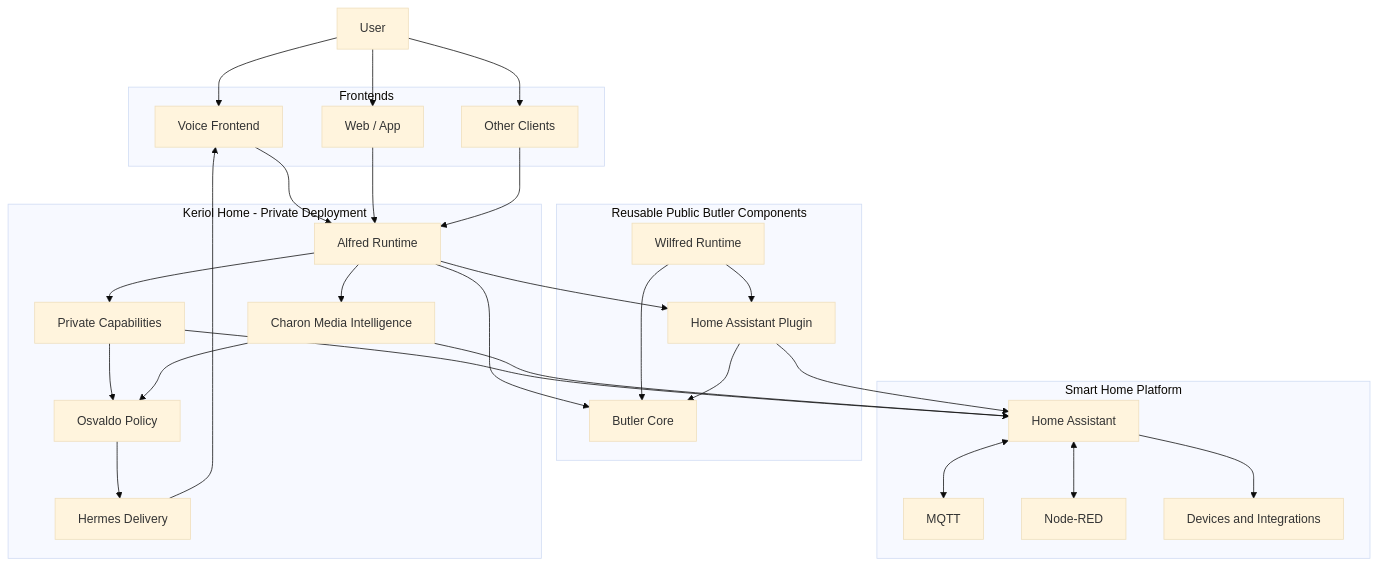
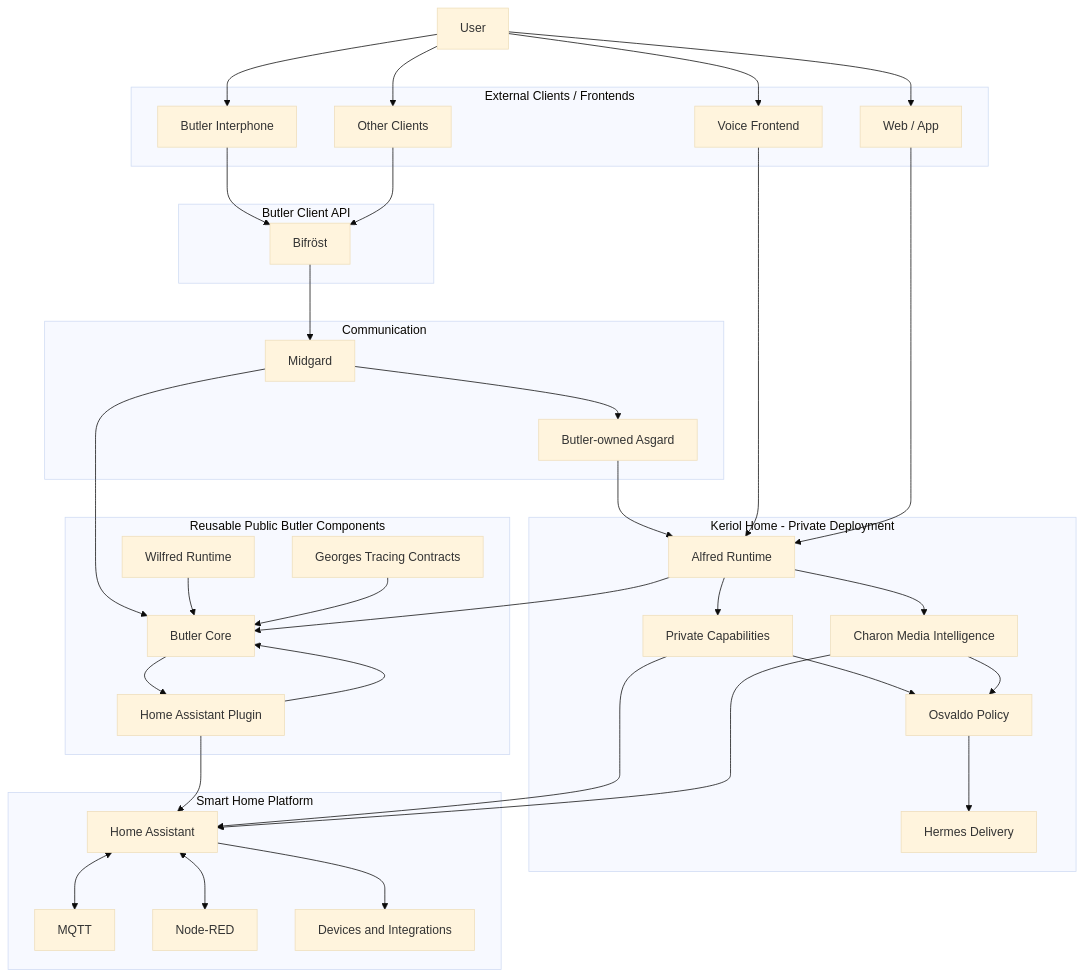
Before and after one commit to keriol/Iot-home-automation: the diagram in docs/diagrams/architecture.md, drawn with Mermaid (base theme). The commit also changed other lines of this file and 7 other files, not shown here.

First line of the commit message:
DOC-012: consolidate Ignition architecture and engineering lessons

````diff
--- a/docs/diagrams/architecture.md
+++ b/docs/diagrams/architecture.md
@@ -3,62 +10,79 @@
 ```mermaid
 flowchart TD
     User[User]
 
-    subgraph Frontends
+    subgraph Clients["External Clients / Frontends"]
+        Interphone[Butler Interphone]
         Voice[Voice Frontend]
         Web[Web / App]
         Other[Other Clients]
+    end
+
+    subgraph ClientAPI["Butler Client API"]
+        Bifrost[Bifröst]
+    end
+
+    subgraph Comms["Communication"]
+        Midgard[Midgard]
+        Asgard[Butler-owned Asgard]
+    end
+
+    subgraph Public["Reusable Public Butler Components"]
+        Core[Butler Core]
+        HAP[Home Assistant Plugin]
+        Wilfred[Wilfred Runtime]
+        Georges[Georges Tracing Contracts]
     end
 
     subgraph Private["Keriol Home - Private Deployment"]
         Alfred[Alfred Runtime]
         Osvaldo[Osvaldo Policy]
         Charon[Charon Media Intelligence]
         Hermes[Hermes Delivery]
         PrivateCaps[Private Capabilities]
     end
 
-    subgraph Public["Reusable Public Butler Components"]
-        Core[Butler Core]
-        Wilfred[Wilfred Runtime]
-        HAP[Home Assistant Plugin]
-    end
-
     subgraph Home["Smart Home Platform"]
         HA[Home Assistant]
         MQTT[MQTT]
         NodeRED[Node-RED]
         Devices[Devices and Integrations]
     end
 
+    User --> Interphone
     User --> Voice
     User --> Web
     User --> Other
 
-    Voice --> Alfred
-    Web --> Alfred
-    Other --> Alfred
+    Interphone --> Bifrost
+    Other --> Bifrost
+    Bifrost --> Midgard
+
+    Midgard --> Core
+    Midgard --> Asgard
+    Asgard --> Alfred
 
     Wilfred --> Core
     Alfred --> Core
     HAP --> Core
+    Georges --> Core
 
-    Wilfred --> HAP
-    Alfred --> HAP
+    Core --> HAP
     HAP --> HA
+
+    Voice --> Alfred
+    Web --> Alfred
 
     Alfred --> PrivateCaps
     Alfred --> Charon
-
     PrivateCaps --> Osvaldo
     Charon --> Osvaldo
     Osvaldo --> Hermes
-    Hermes --> Voice
 
     PrivateCaps --> HA
     Charon --> HA
 
     HA --> Devices
     HA <--> MQTT
     HA <--> NodeRED
 ```
````
